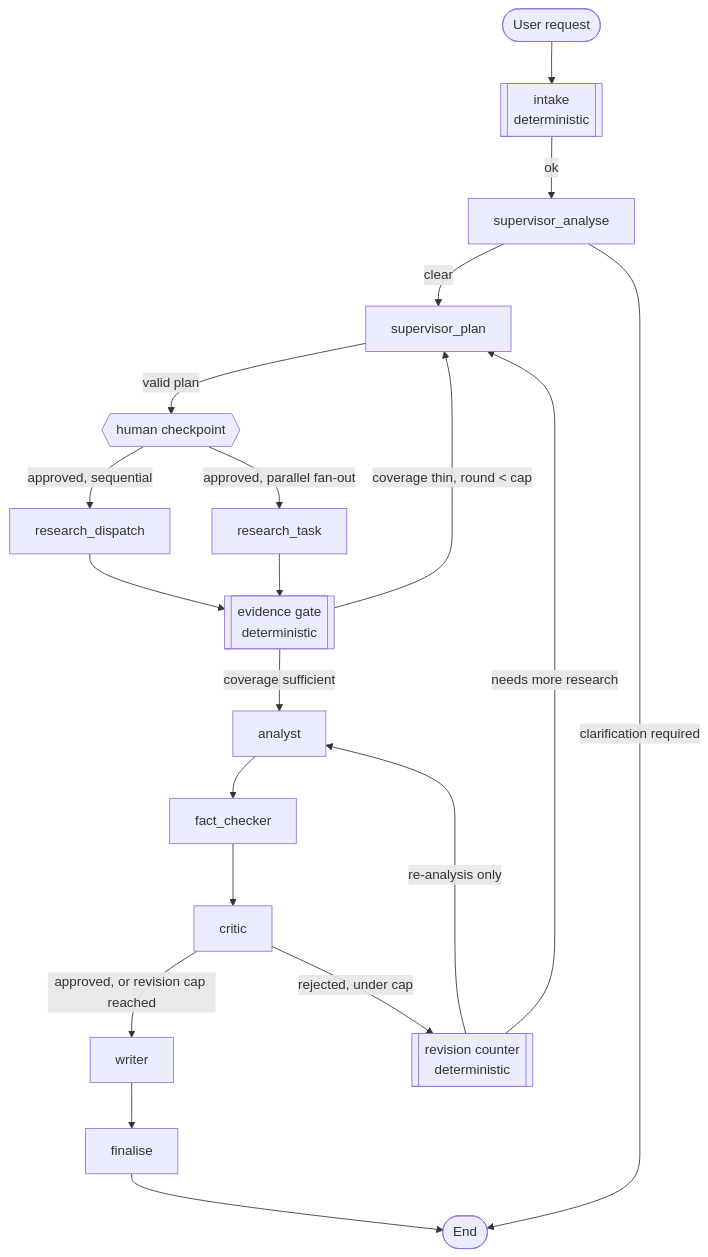
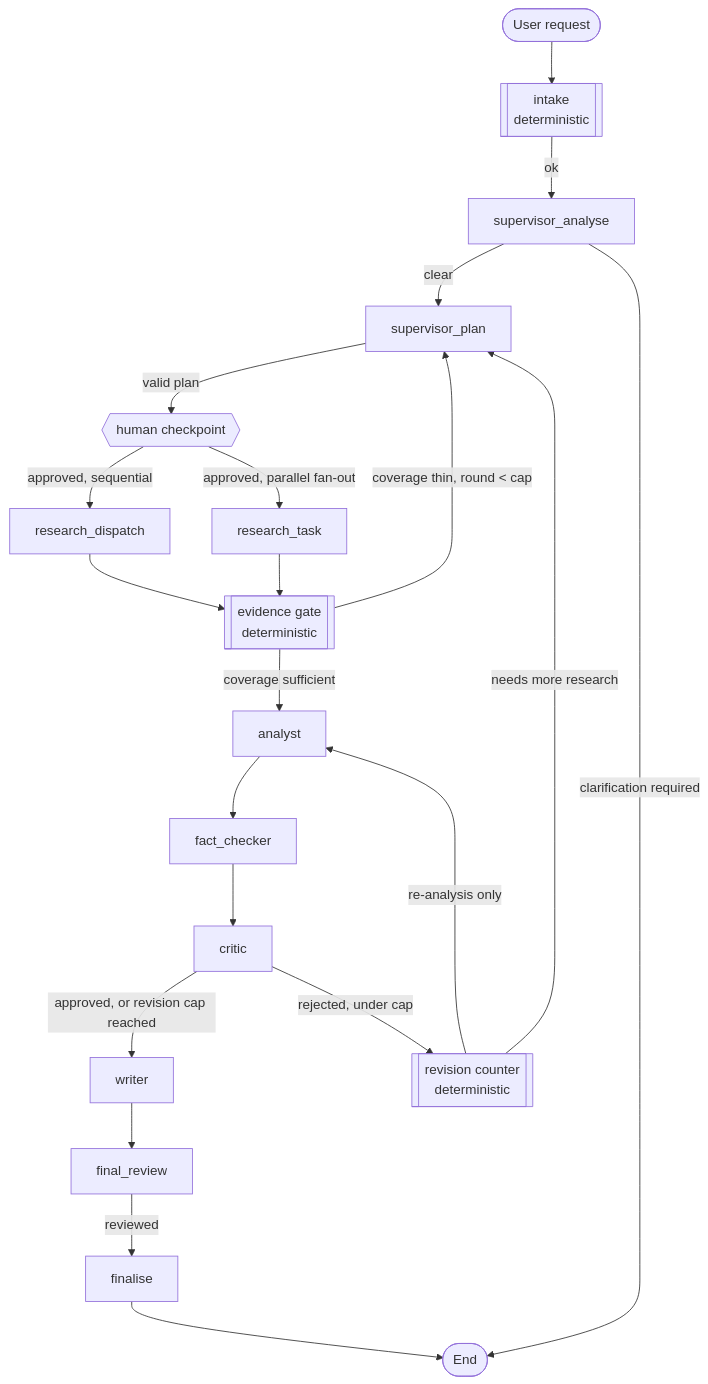
The diagram in docs/A5_architecture.md (Rana-Haseeb/Multi-Agent-Research-Platform), drawn with Mermaid before and after one commit. The commit also changed other lines of this file and 10 other files, not shown here.

````diff
--- a/docs/A5_architecture.md
+++ b/docs/A5_architecture.md
@@ -9,37 +9,39 @@
 ```mermaid
 flowchart TD
     req(["User request"])
     intake[["intake<br/>deterministic"]]
     req --> intake
     supervisor_analyse["supervisor_analyse"]
     intake -->|ok| supervisor_analyse
     supervisor_plan["supervisor_plan"]
     supervisor_analyse -->|clear| supervisor_plan
     done(["End"])
     supervisor_analyse -->|clarification required| done
     plan_approval{{"human checkpoint"}}
     supervisor_plan -->|valid plan| plan_approval
     research_dispatch["research_dispatch"]
     plan_approval -->|approved, sequential| research_dispatch
     research_task["research_task"]
     plan_approval -->|approved, parallel fan-out| research_task
     evidence_gate[["evidence gate<br/>deterministic"]]
     research_task --> evidence_gate
     research_dispatch --> evidence_gate
     evidence_gate -->|coverage thin, round < cap| supervisor_plan
     analyst["analyst"]
     evidence_gate -->|coverage sufficient| analyst
     fact_checker["fact_checker"]
     analyst --> fact_checker
     critic["critic"]
     fact_checker --> critic
     writer["writer"]
     critic -->|approved, or revision cap reached| writer
     revision[["revision counter<br/>deterministic"]]
     critic -->|rejected, under cap| revision
     revision -->|re-analysis only| analyst
     revision -->|needs more research| supervisor_plan
+    final_review["final_review"]
+    writer --> final_review
     finalise["finalise"]
-    writer --> finalise
+    final_review -->|reviewed| finalise
     finalise --> done
 ```
````
